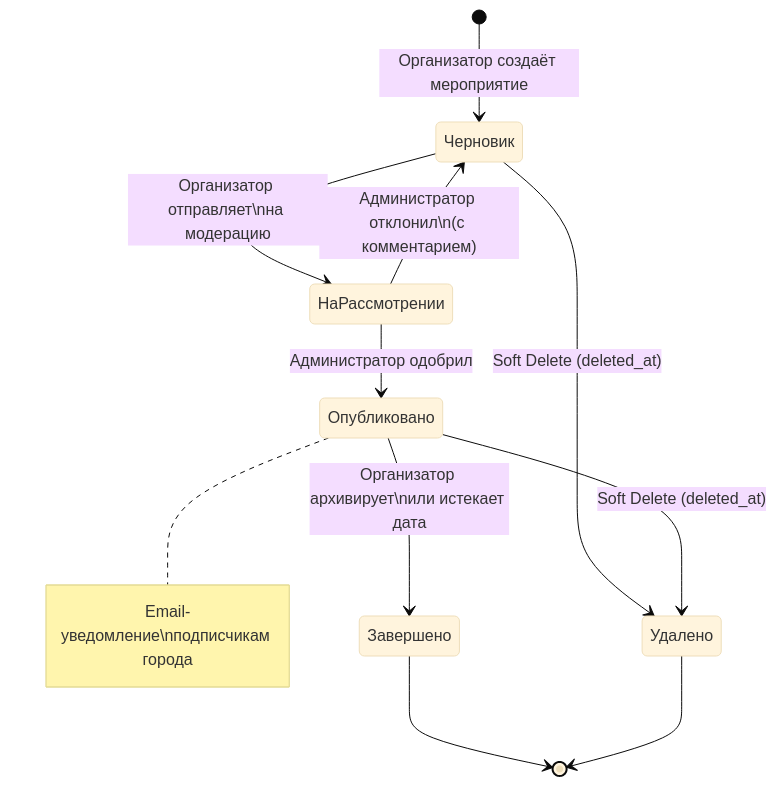
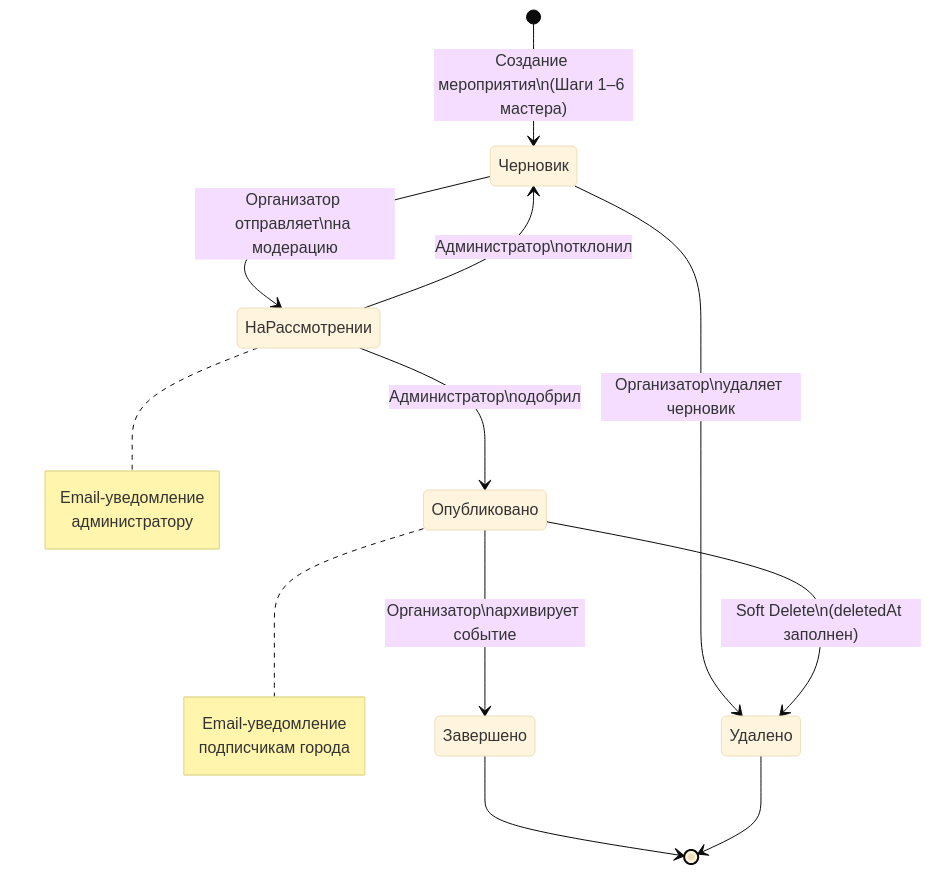
The ninth of 14 diagrams in diplom/diplom.md (akarui-shi/festival-app), drawn with Mermaid (base theme) before and after one commit. The commit also changed other lines of this file, not shown here.

````diff
--- a/diplom/diplom.md
+++ b/diplom/diplom.md
@@ -1387,20 +1556,26 @@
 ```mermaid
 stateDiagram-v2
-    [*] --> Черновик : Организатор создаёт мероприятие
+  [*] --> Черновик : Создание мероприятия\n(Шаги 1–6 мастера)
 
-    Черновик --> НаРассмотрении : Организатор отправляет\nна модерацию
-    НаРассмотрении --> Черновик : Администратор отклонил\n(с комментарием)
-    НаРассмотрении --> Опубликовано : Администратор одобрил
+  Черновик --> НаРассмотрении : Организатор отправляет\nна модерацию
+  НаРассмотрении --> Черновик : Администратор\nотклонил
 
-    Опубликовано --> Завершено : Организатор архивирует\nили истекает дата
+  НаРассмотрении --> Опубликовано : Администратор\nодобрил
 
-    Черновик --> Удалено : Soft Delete (deleted_at)
-    Опубликовано --> Удалено : Soft Delete (deleted_at)
+  Опубликовано --> Завершено : Организатор\nархивирует событие
 
-    Завершено --> [*]
-    Удалено --> [*]
+  Черновик --> Удалено : Организатор\nудаляет черновик
+  Опубликовано --> Удалено : Soft Delete\n(deletedAt заполнен)
 
-    note right of Опубликовано
-        Email-уведомление\nподписчикам города
-    end note
+  Завершено --> [*]
+  Удалено --> [*]
+
+  note right of НаРассмотрении
+    Email-уведомление
+    администратору
+  end note
+  note right of Опубликовано
+    Email-уведомление
+    подписчикам города
+  end note
 ```
````
